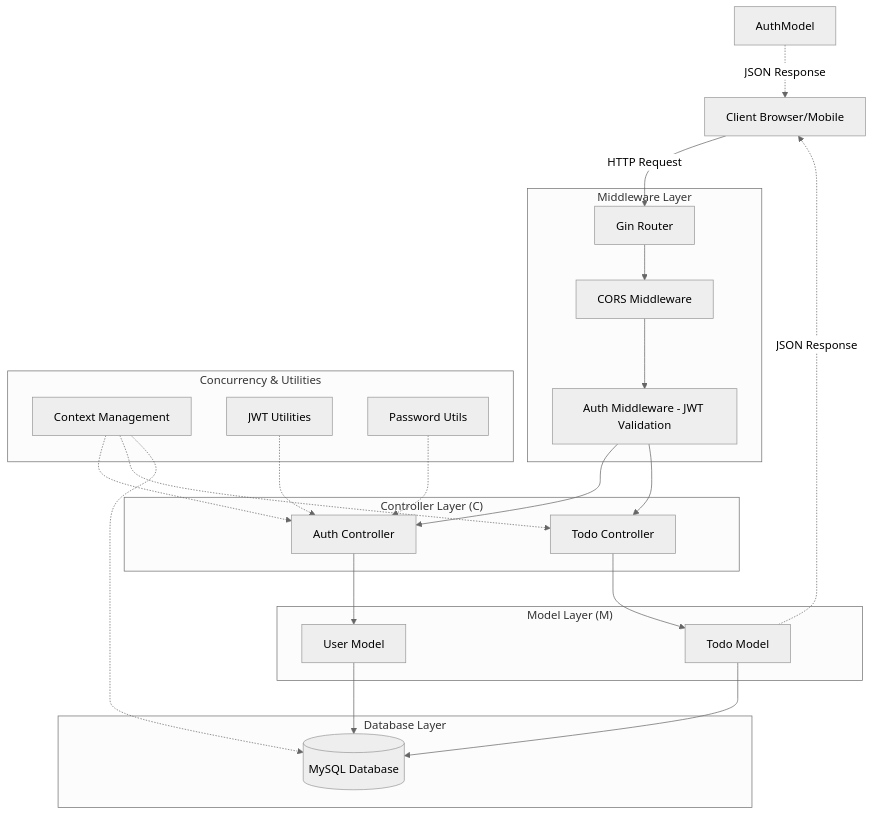
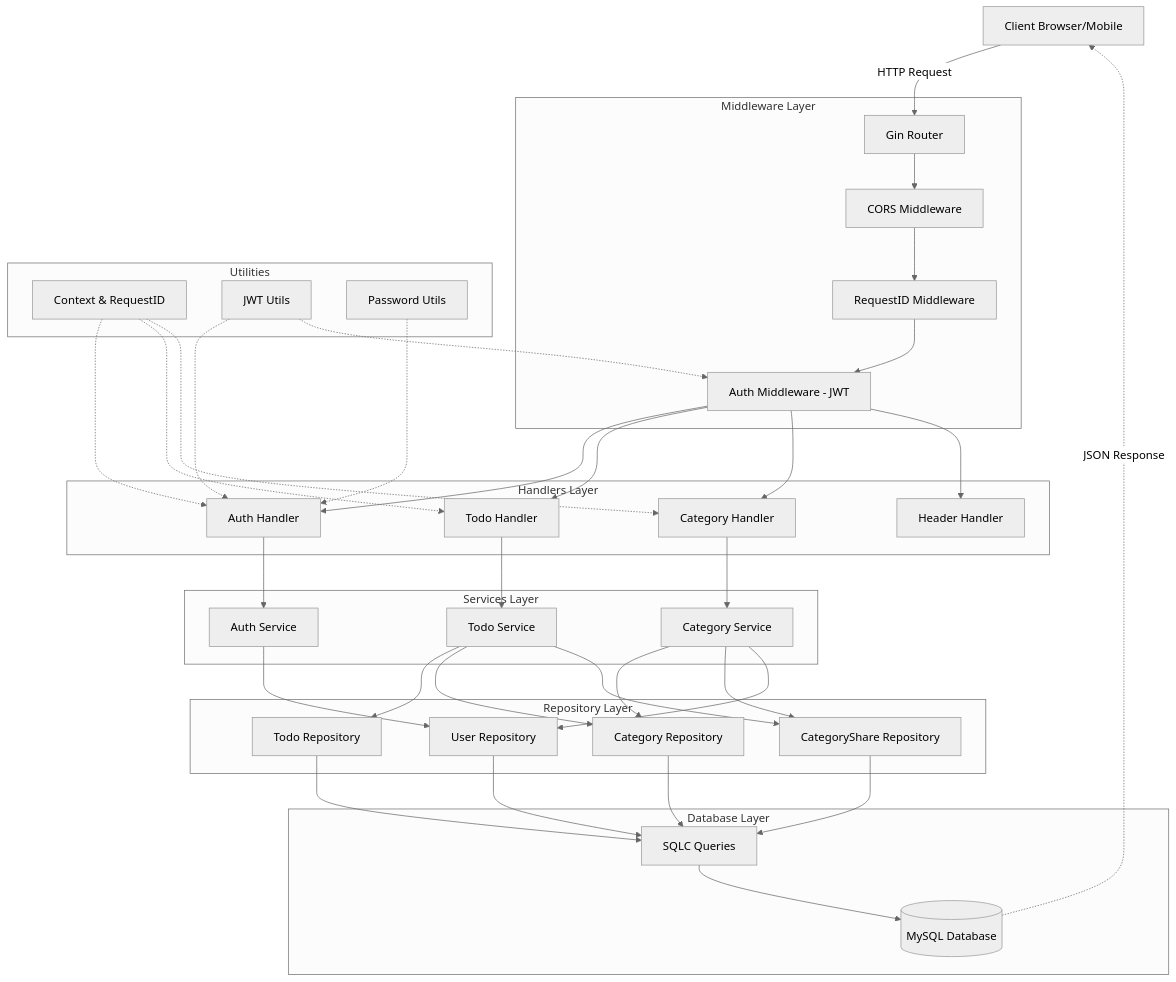
Before and after one commit to prashant21b/todo-gin: the diagram in DOCUMENTATION.md, drawn with Mermaid (neutral theme). The commit also changed other lines of this file and 88 other files, not shown here.

````diff
--- a/DOCUMENTATION.md
+++ b/DOCUMENTATION.md
@@ -15,35 +36,52 @@
 ```mermaid
 graph TD
     Client[Client Browser/Mobile] -->|HTTP Request| Router[Gin Router]
-    
+
     subgraph "Middleware Layer"
         Router --> CORS[CORS Middleware]
-        CORS --> AuthMW[Auth Middleware - JWT Validation]
-    end
-    
-    subgraph "Controller Layer (C)"
-        AuthMW --> AuthCtrl[Auth Controller]
-        AuthMW --> TodoCtrl[Todo Controller]
-    end
-    
-    subgraph "Model Layer (M)"
-        AuthCtrl --> UserModel[User Model]
-        TodoCtrl --> TodoModel[Todo Model]
-    end
-    
-    subgraph "Database Layer"
-        UserModel --> MySQL[(MySQL Database)]
-        TodoModel --> MySQL
-    end
-    
-    subgraph "Concurrency & Utilities"
-        Context[Context Management] -.-> AuthCtrl
-        Context -.-> TodoCtrl
-        Context -.-> MySQL
-        JWT[JWT Utilities] -.-> AuthCtrl
-        Password[Password Utils] -.-> AuthCtrl
+        CORS --> ReqID[RequestID Middleware]
+        ReqID --> AuthMW[Auth Middleware - JWT]
     end
 
-    TodoModel -.->|JSON Response| Client
-    AuthModel -.->|JSON Response| Client
+    subgraph "Handlers Layer"
+        AuthMW --> AuthHandler[Auth Handler]
+        AuthMW --> TodoHandler[Todo Handler]
+        AuthMW --> CategoryHandler[Category Handler]
+        AuthMW --> HeaderHandler[Header Handler]
+    end
+
+    subgraph "Services Layer"
+        AuthHandler --> AuthService[Auth Service]
+        TodoHandler --> TodoService[Todo Service]
+        CategoryHandler --> CategoryService[Category Service]
+    end
+
+    subgraph "Repository Layer"
+        AuthService --> UserRepo[User Repository]
+        TodoService --> TodoRepo[Todo Repository]
+        TodoService --> CategoryRepo[Category Repository]
+        TodoService --> CategoryShareRepo[CategoryShare Repository]
+        CategoryService --> CategoryRepo
+        CategoryService --> CategoryShareRepo
+        CategoryService --> UserRepo
+    end
+
+    subgraph "Database Layer"
+        UserRepo --> SQLC[SQLC Queries]
+        TodoRepo --> SQLC
+        CategoryRepo --> SQLC
+        CategoryShareRepo --> SQLC
+        SQLC --> MySQL[(MySQL Database)]
+    end
+
+    subgraph "Utilities"
+        Context[Context & RequestID] -.-> AuthHandler
+        Context -.-> TodoHandler
+        Context -.-> CategoryHandler
+        JWT[JWT Utils] -.-> AuthHandler
+        JWT -.-> AuthMW
+        Password[Password Utils] -.-> AuthHandler
+    end
+
+    MySQL -.->|JSON Response| Client
 ```
````
